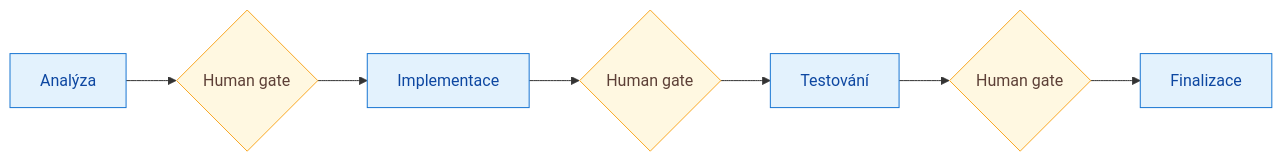
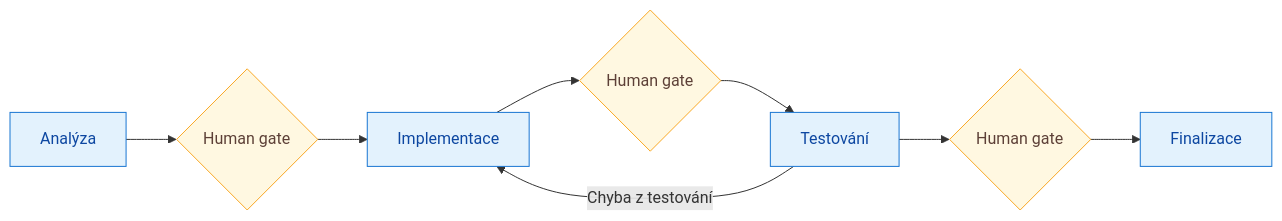
One commit to maylow22/ai-driven-changes changed the first of 3 diagrams in README.md. Above: the diagram before and after it, drawn with Mermaid. The commit also changed other lines of this file, not shown here.

````diff
--- a/README.md
+++ b/README.md
@@ -13,10 +20,11 @@
 ```mermaid
 flowchart LR
     A[Analýza]:::phase --> G1{Human gate}:::gate
     G1 --> I[Implementace]:::phase --> G2{Human gate}:::gate
     G2 --> T[Testování]:::phase --> G3{Human gate}:::gate
     G3 --> F[Finalizace]:::phase
+    T --->|Chyba z testování| I
 
     classDef phase fill:#e3f2fd,stroke:#1976d2,color:#0d47a1;
     classDef gate fill:#fff8e1,stroke:#f9a825,color:#5d4037;
 ```
````
